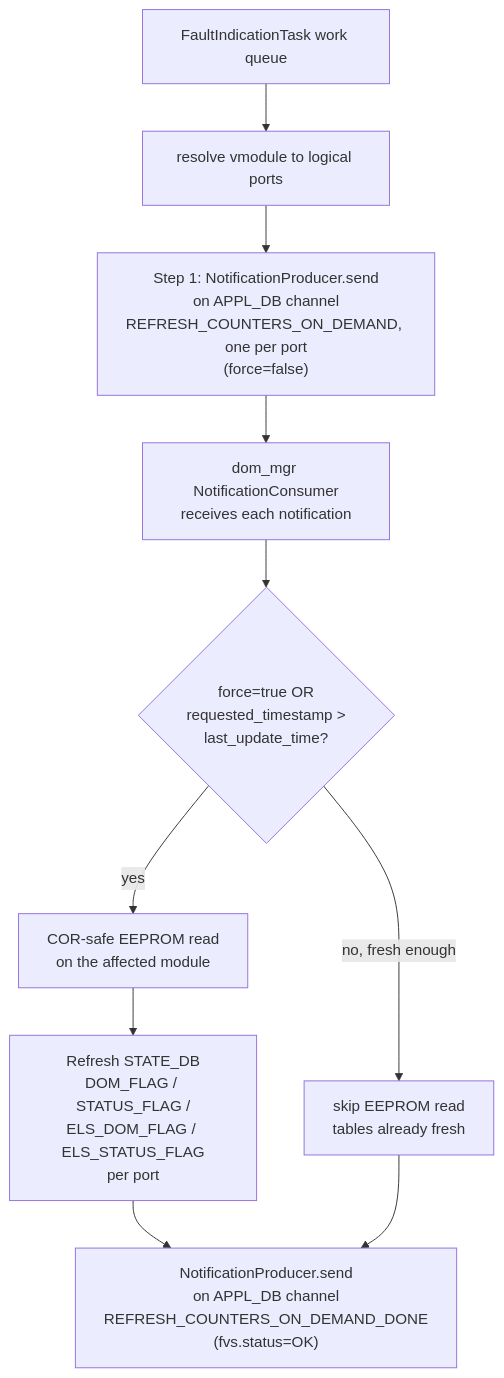
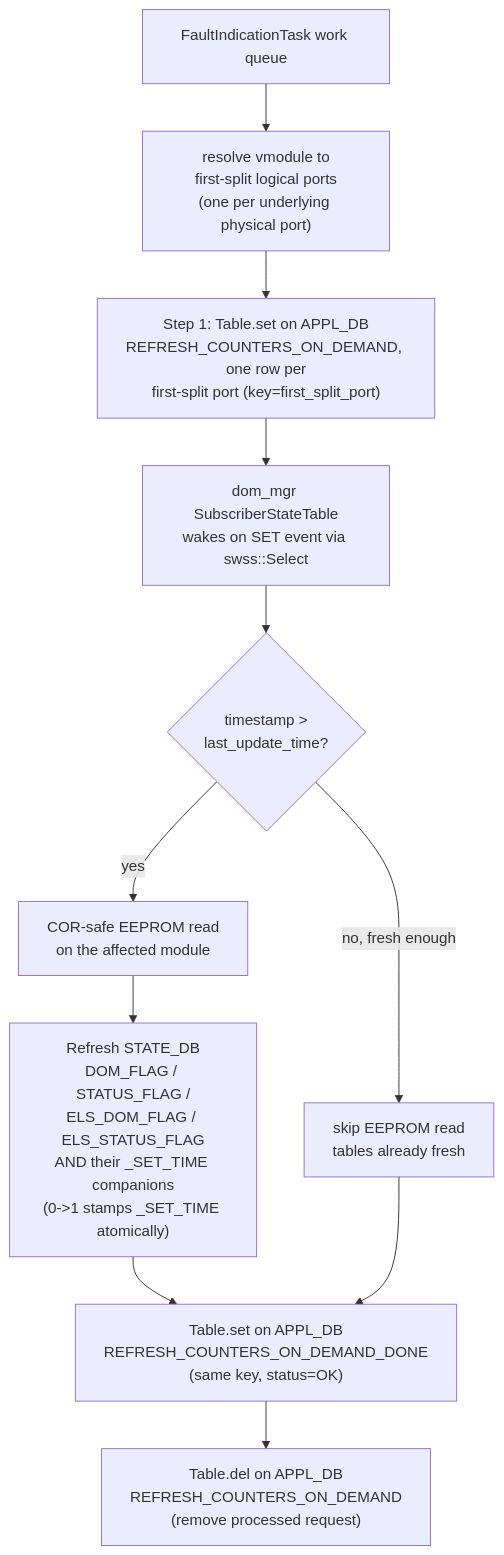
Before and after one commit to noaOrMlnx/SONiC: the second of 4 diagrams in doc/cpo-mellanox/cpo_fault_indication.md, drawn with Mermaid. The commit also changed other lines of this file, not shown here.

Commit message:
update HLD to final design along dom_mgr new design

````diff
--- a/doc/cpo-mellanox/cpo_fault_indication.md
+++ b/doc/cpo-mellanox/cpo_fault_indication.md
@@ -126,13 +146,14 @@
 ```mermaid
 flowchart TD
   q["FaultIndicationTask work queue"]
-  q --> resolve["resolve vmodule to logical ports"]
-  resolve --> req["Step 1: NotificationProducer.send<br/>on APPL_DB channel<br/>REFRESH_COUNTERS_ON_DEMAND, one per port<br/>(force=false)"]
-  req --> sub["dom_mgr NotificationConsumer<br/>receives each notification"]
-  sub --> check{"force=true OR<br/>requested_timestamp &gt;<br/>last_update_time?"}
+  q --> resolve["resolve vmodule to<br/>first-split logical ports<br/>(one per underlying physical port)"]
+  resolve --> req["Step 1: Table.set on APPL_DB<br/>REFRESH_COUNTERS_ON_DEMAND, one row per<br/>first-split port (key=first_split_port)"]
+  req --> sub["dom_mgr SubscriberStateTable<br/>wakes on SET event via swss::Select"]
+  sub --> check{"timestamp &gt;<br/>last_update_time?"}
   check -->|no, fresh enough| skip["skip EEPROM read<br/>tables already fresh"]
   check -->|yes| read["COR-safe EEPROM read<br/>on the affected module"]
-  read --> refresh["Refresh STATE_DB<br/>DOM_FLAG / STATUS_FLAG /<br/>ELS_DOM_FLAG / ELS_STATUS_FLAG<br/>per port"]
-  refresh --> done["NotificationProducer.send<br/>on APPL_DB channel<br/>REFRESH_COUNTERS_ON_DEMAND_DONE<br/>(fvs.status=OK)"]
+  read --> refresh["Refresh STATE_DB<br/>DOM_FLAG / STATUS_FLAG /<br/>ELS_DOM_FLAG / ELS_STATUS_FLAG<br/>AND their _SET_TIME companions<br/>(0-&gt;1 stamps _SET_TIME atomically)"]
+  refresh --> done["Table.set on APPL_DB<br/>REFRESH_COUNTERS_ON_DEMAND_DONE<br/>(same key, status=OK)"]
   skip --> done
+  done --> cleanup["Table.del on APPL_DB<br/>REFRESH_COUNTERS_ON_DEMAND<br/>(remove processed request)"]
 ```
````
